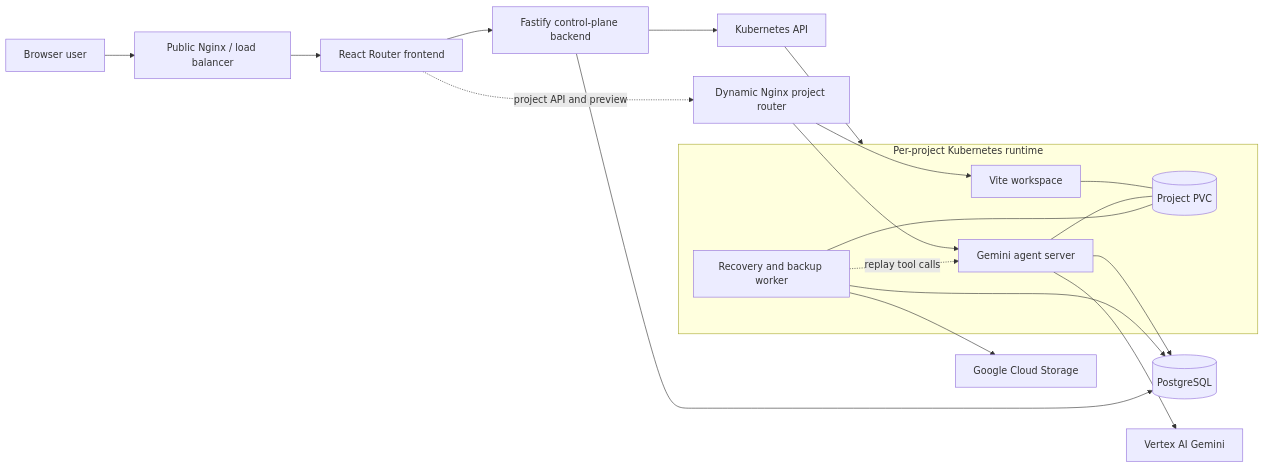
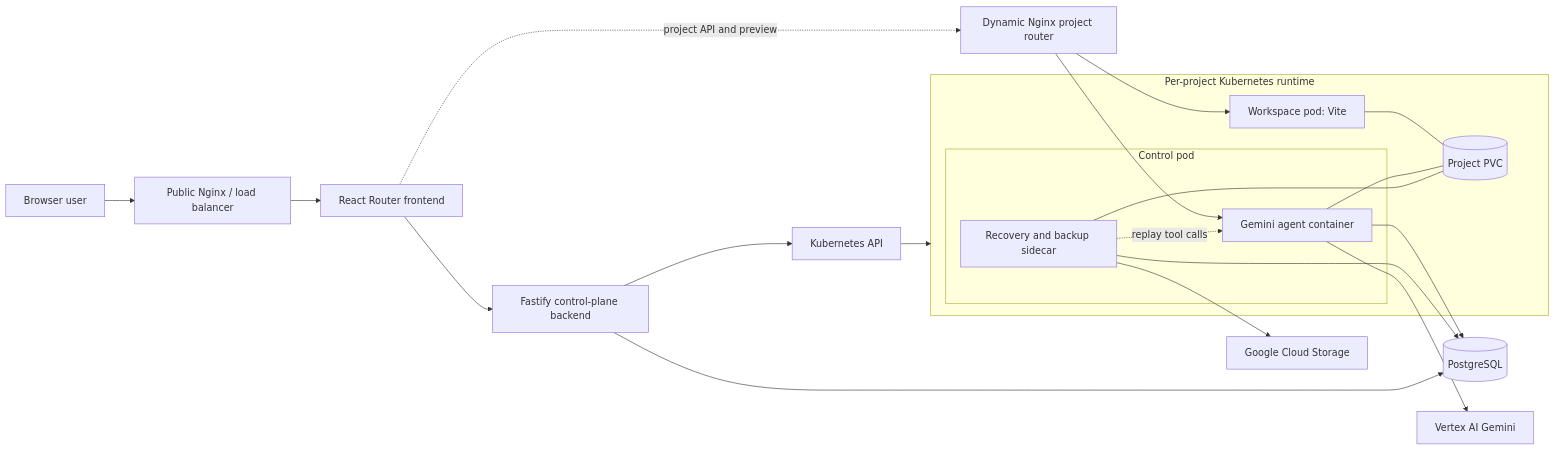
Before and after one commit to amSinghTarun/website-fe-builder: the first of 3 diagrams in arch.md, drawn with Mermaid. The commit also changed other lines of this file and 11 other files, not shown here.

Commit message:
combine project agent and recovery runtime

````diff
--- a/arch.md
+++ b/arch.md
@@ -28,38 +28,40 @@
 ```mermaid
 flowchart LR
     User["Browser user"]
     PublicProxy["Public Nginx / load balancer"]
     Frontend["React Router frontend"]
     Backend["Fastify control-plane backend"]
     DB[("PostgreSQL")]
     K8s["Kubernetes API"]
     DynamicProxy["Dynamic Nginx project router"]
 
     subgraph ProjectRuntime["Per-project Kubernetes runtime"]
-        Workspace["Vite workspace"]
-        Agent["Gemini agent server"]
-        Recovery["Recovery and backup worker"]
+        Workspace["Workspace pod: Vite"]
+        subgraph ControlPod["Control pod"]
+            Recovery["Recovery and backup sidecar"]
+            Agent["Gemini agent container"]
+        end
         PVC[("Project PVC")]
         Workspace --- PVC
         Agent --- PVC
         Recovery --- PVC
     end
 
     Vertex["Vertex AI Gemini"]
     GCS["Google Cloud Storage"]
 
     User --> PublicProxy
     PublicProxy --> Frontend
     Frontend --> Backend
     Backend --> DB
     Backend --> K8s
     K8s --> ProjectRuntime
     Frontend -. "project API and preview" .-> DynamicProxy
     DynamicProxy --> Agent
     DynamicProxy --> Workspace
     Agent --> DB
     Agent --> Vertex
     Recovery --> DB
     Recovery --> GCS
     Recovery -. "replay tool calls" .-> Agent
 ```
````
